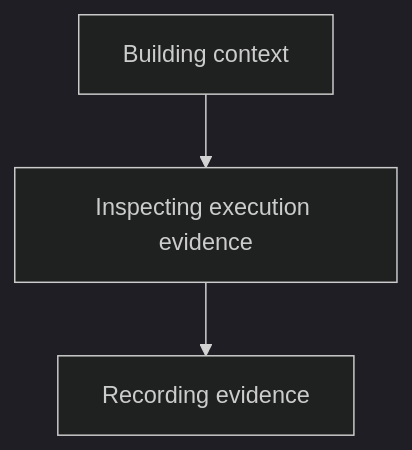
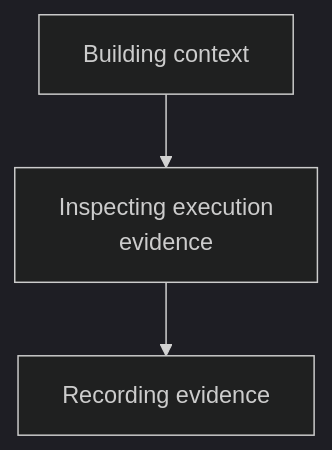
One commit to abstract-business-systems/as-is changed the diagram in skills/master/exploring-execution-evidence/as-is.md. Above: the diagram before and after it, drawn with Mermaid (dark theme). The commit also changed other lines of this file and 40 other files, not shown here.

````diff
--- a/skills/master/exploring-execution-evidence/as-is.md
+++ b/skills/master/exploring-execution-evidence/as-is.md
@@ -14,5 +14,5 @@
 ```mermaid
 flowchart TD
-    A["Building context"] --> B["Inspecting execution evidence"]
+    A["Building context"] --> B["Inspecting execution<br/>evidence"]
     B --> C["Recording evidence"]
 ```
````
